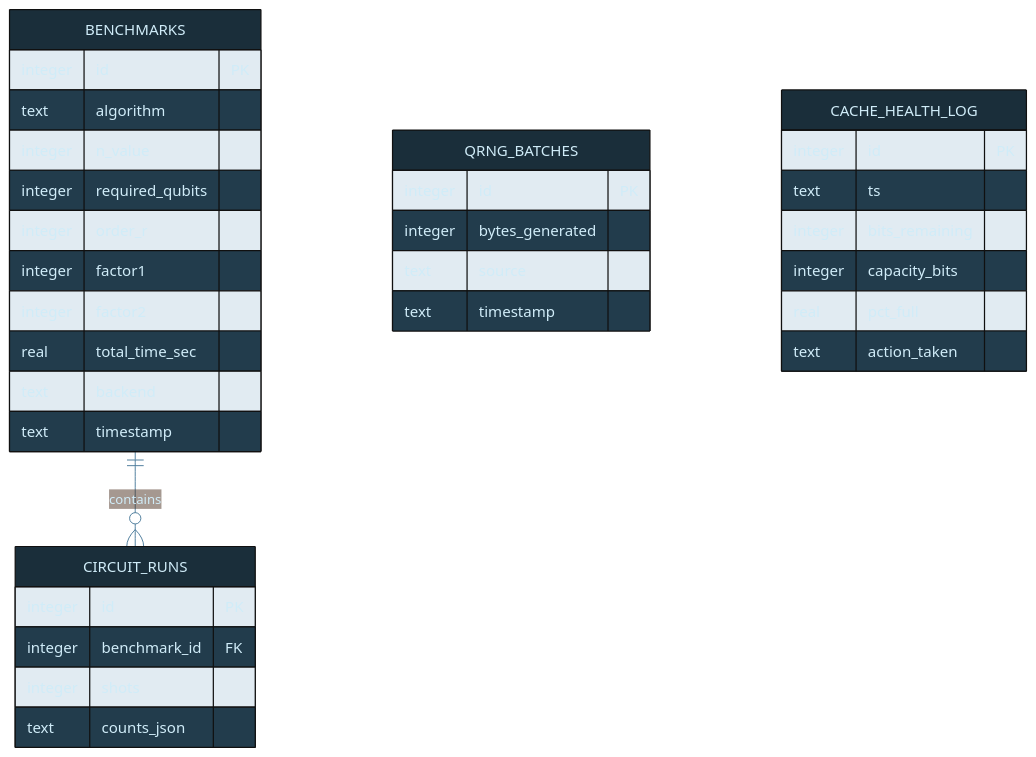
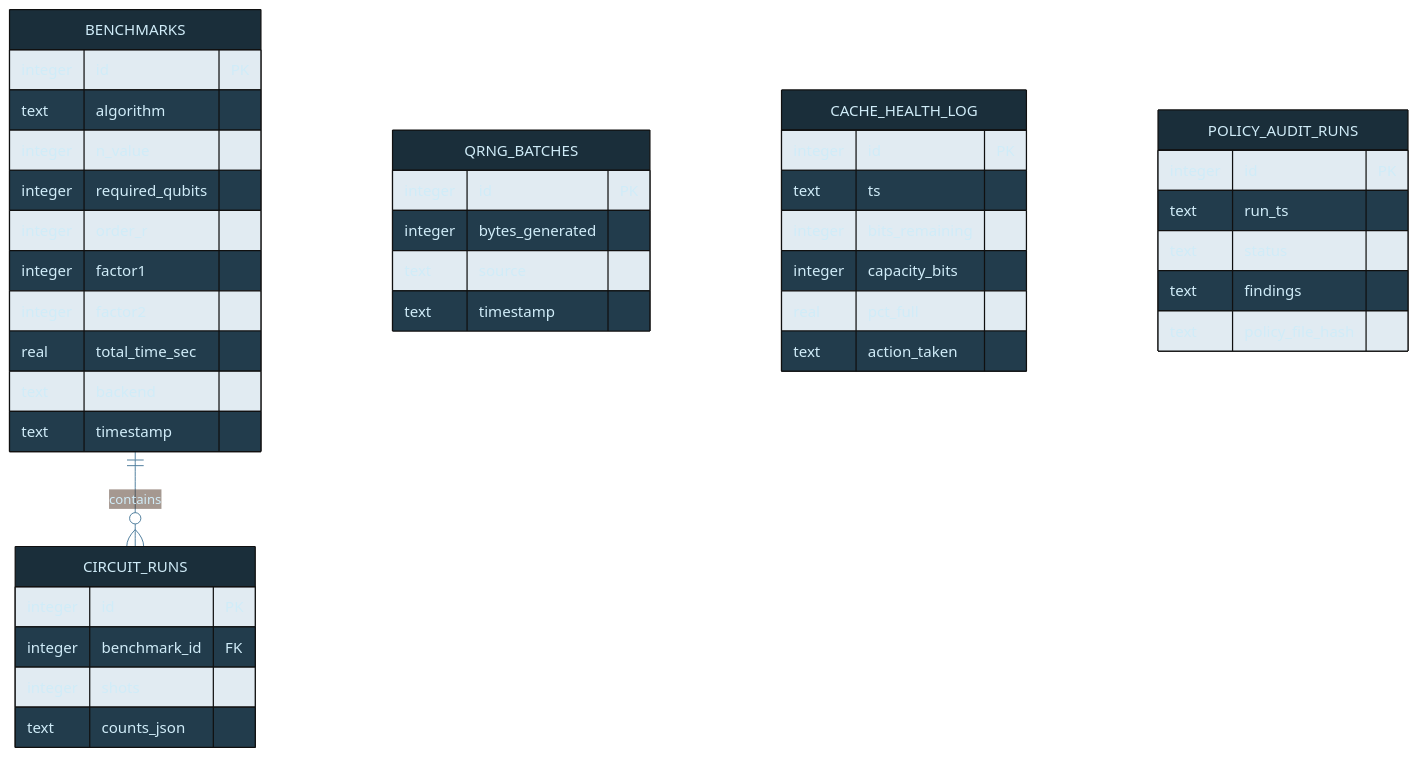
The diagram in diagrams/quantum-db-schema.mmd (tylerdrakemusic/-Workspace), drawn with Mermaid before and after one commit. The commit also changed 1 other file, not shown here.

Commit message:
docs(diagrams): update quantum diagrams for FR-20260527-execution-policy-auditor

```diff
--- a/diagrams/quantum-db-schema.mmd
+++ b/diagrams/quantum-db-schema.mmd
@@ -1,37 +1,46 @@
 %%{init: {'theme': 'base', 'themeVariables': {'primaryColor': '#1a2e3a', 'primaryTextColor': '#d0ecf8', 'edgeLabelBackground': '#0f1318', 'lineColor': '#4a7a9a'}}}%%
 erDiagram
     BENCHMARKS ||--o{ CIRCUIT_RUNS : contains
     BENCHMARKS {
         integer id PK
         text algorithm
         integer n_value
         integer required_qubits
         integer order_r
         integer factor1
         integer factor2
         real total_time_sec
         text backend
         text timestamp
     }
     CIRCUIT_RUNS {
         integer id PK
         integer benchmark_id FK
         integer shots
         text counts_json
     }
     QRNG_BATCHES {
         integer id PK
         integer bytes_generated
         text source
         text timestamp
     }
 
     %% --- Cache Monitoring ---
     CACHE_HEALTH_LOG {
         integer id PK
         text ts
         integer bits_remaining
         integer capacity_bits
         real pct_full
         text action_taken
     }
+
+    %% --- Policy Audit ---
+    POLICY_AUDIT_RUNS {
+        integer id PK
+        text run_ts
+        text status
+        text findings
+        text policy_file_hash
+    }
```
